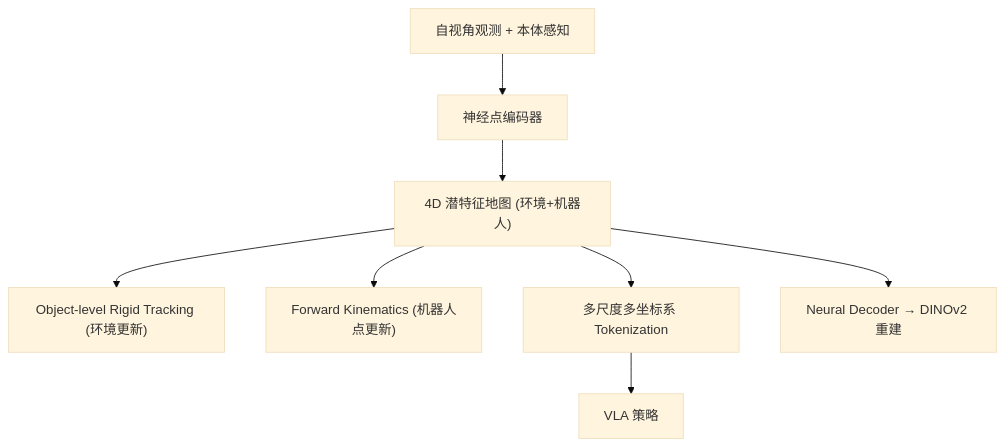
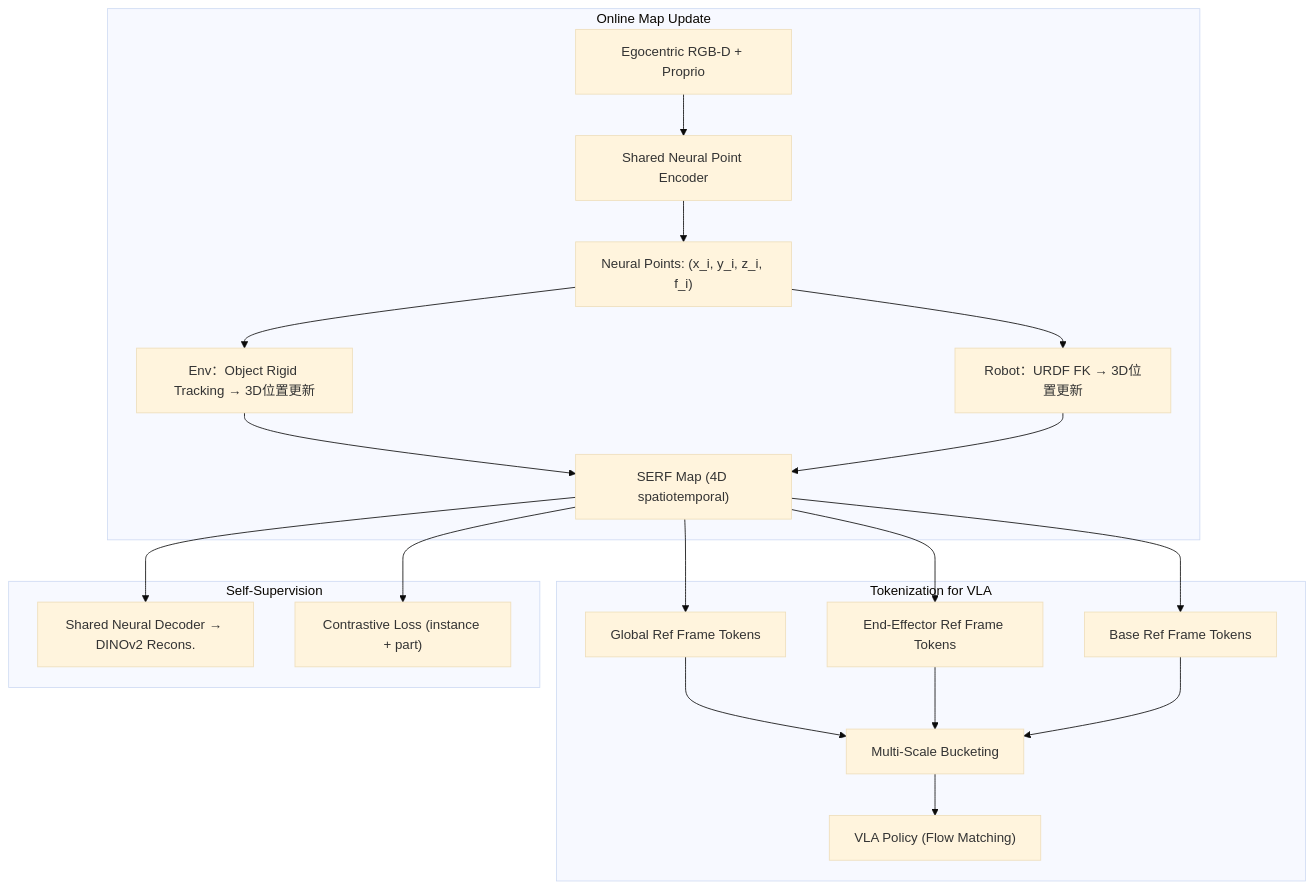
One commit to luohu-arch/physical_intelligence_study changed the diagram in notes/memory/serf.md. Above: the diagram before and after it, drawn with Mermaid (base theme). The commit also changed other lines of this file and 6 other files, not shown here.

First line of the commit message:
Upgrade RoboTTT, MemoryWAM, SERF to full quality level

````diff
--- a/notes/memory/serf.md
+++ b/notes/memory/serf.md
@@ -23,10 +23,26 @@
 ```mermaid
 graph TD
-    EGO["自视角观测 + 本体感知"] --> ENCODER["神经点编码器"]
-    ENCODER --> MAP["4D 潜特征地图 (环境+机器人)"]
-    MAP --> TRACK["Object-level Rigid Tracking (环境更新)"]
-    MAP --> FK["Forward Kinematics (机器人点更新)"]
-    MAP --> TOKEN["多尺度多坐标系 Tokenization"]
-    TOKEN --> VLA["VLA 策略"]
-    MAP --> DECODER["Neural Decoder → DINOv2 重建"]
+    subgraph "Online Map Update"
+        EGO["Egocentric RGB-D + Proprio"] --> ENC["Shared Neural Point Encoder"]
+        ENC --> NP["Neural Points: (x_i, y_i, z_i, f_i)"]
+        NP --> ENV_UPDATE["Env：Object Rigid Tracking → 3D位置更新"]
+        NP --> ROBOT_UPDATE["Robot：URDF FK → 3D位置更新"]
+        ENV_UPDATE --> MAP["SERF Map (4D spatiotemporal)"]
+        ROBOT_UPDATE --> MAP
+    end
+    
+    subgraph "Tokenization for VLA"
+        MAP --> GLOBAL["Global Ref Frame Tokens"]
+        MAP --> EE["End-Effector Ref Frame Tokens"]
+        MAP --> BASE["Base Ref Frame Tokens"]
+        GLOBAL --> MULTI["Multi-Scale Bucketing"]
+        EE --> MULTI
+        BASE --> MULTI
+        MULTI --> VLA["VLA Policy (Flow Matching)"]
+    end
+    
+    subgraph "Self-Supervision"
+        MAP --> DEC["Shared Neural Decoder → DINOv2 Recons."]
+        MAP --> CONTRAST["Contrastive Loss (instance + part)"]
+    end
 ```
````
